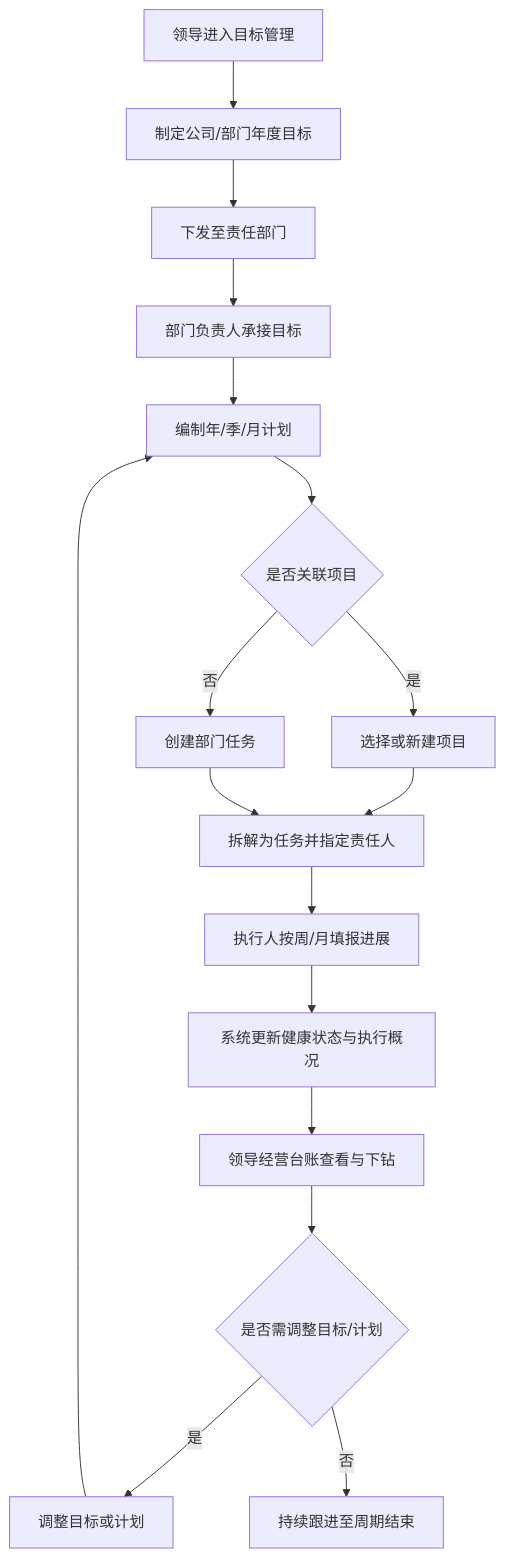
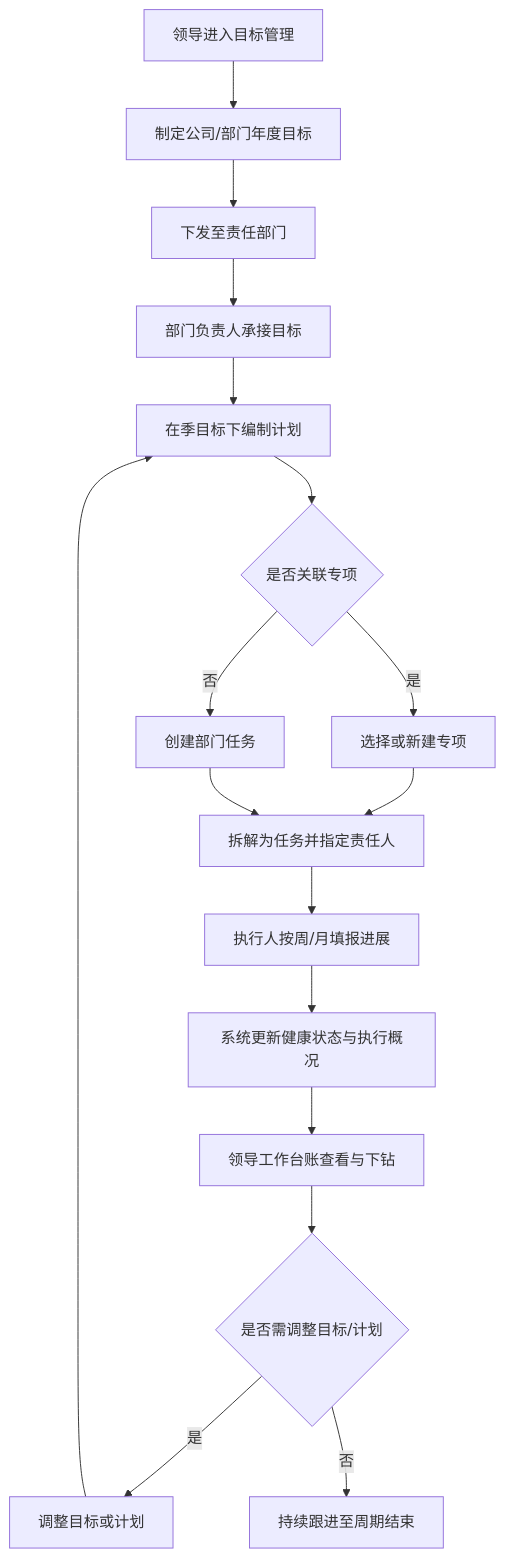
Before and after one commit to liaoliao66/BMS: the first of 8 diagrams in docs/versions/v1.0.0/prd.md, drawn with Mermaid. The commit also changed other lines of this file and 100 other files, not shown here.

````diff
--- a/docs/versions/v1.0.0/prd.md
+++ b/docs/versions/v1.0.0/prd.md
@@ -130,19 +133,19 @@
 ```mermaid
 flowchart TD
   A[领导进入目标管理] --> B[制定公司/部门年度目标]
   B --> C[下发至责任部门]
   C --> D[部门负责人承接目标]
-  D --> E[编制年/季/月计划]
-  E --> F{是否关联项目}
-  F -->|是| G[选择或新建项目]
+  D --> E[在季目标下编制计划]
+  E --> F{是否关联专项}
+  F -->|是| G[选择或新建专项]
   F -->|否| H[创建部门任务]
   G --> I[拆解为任务并指定责任人]
   H --> I
   I --> J[执行人按周/月填报进展]
   J --> K[系统更新健康状态与执行概况]
-  K --> L[领导经营台账查看与下钻]
+  K --> L[领导工作台账查看与下钻]
   L --> M{是否需调整目标/计划}
   M -->|是| N[调整目标或计划]
   N --> E
   M -->|否| O[持续跟进至周期结束]
 ```
````
